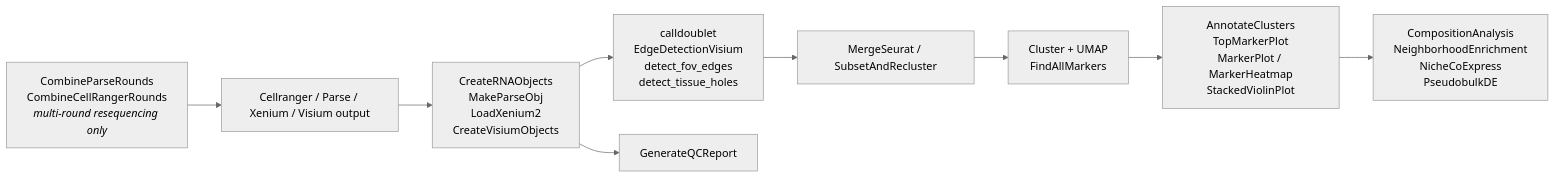
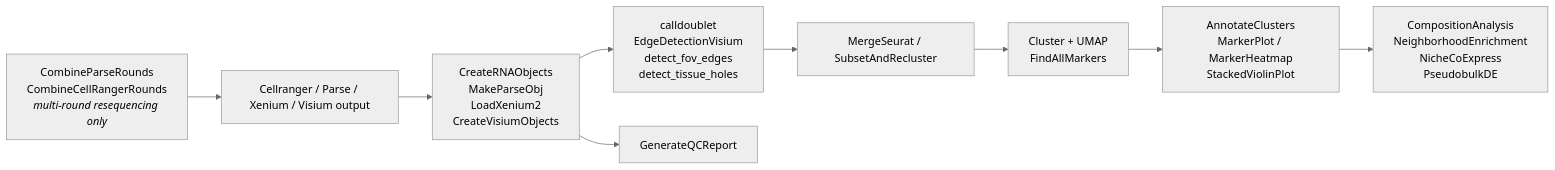
One commit to gevensen95/SingleCellTools changed the diagram in README.md. Above: the diagram before and after it, drawn with Mermaid (neutral theme). The commit also changed other lines of this file, not shown here.

````diff
--- a/README.md
+++ b/README.md
@@ -298,11 +339,11 @@
 ```mermaid
 flowchart LR
     Z[CombineParseRounds<br/>CombineCellRangerRounds<br/><i>multi-round resequencing only</i>] --> A
     A[Cellranger / Parse / Xenium / Visium output] --> B[CreateRNAObjects<br/>MakeParseObj<br/>LoadXenium2<br/>CreateVisiumObjects]
     B --> C[calldoublet<br/>EdgeDetectionVisium<br/>detect_fov_edges<br/>detect_tissue_holes]
     B --> Q[GenerateQCReport]
     C --> D[MergeSeurat / SubsetAndRecluster]
     D --> E[Cluster + UMAP<br/>FindAllMarkers]
-    E --> F[AnnotateClusters<br/>TopMarkerPlot<br/>MarkerPlot / MarkerHeatmap<br/>StackedViolinPlot]
+    E --> F[AnnotateClusters<br/>MarkerPlot / MarkerHeatmap<br/>StackedViolinPlot]
     F --> G[CompositionAnalysis<br/>NeighborhoodEnrichment<br/>NicheCoExpress<br/>PseudobulkDE]
 ```
````
